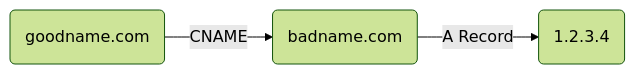
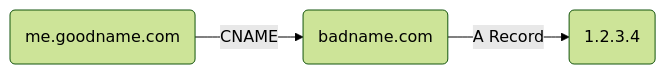
Before and after one commit to bingyangchen/KM-software: the second of 3 diagrams in Network/DNS Record.md, drawn with Mermaid (forest theme). The commit also changed other lines of this file and 5 other files, not shown here.

````diff
--- a/Network/DNS Record.md
+++ b/Network/DNS Record.md
@@ -68,8 +68,8 @@
 ```mermaid
 flowchart LR
-    id1(goodname.com)
+    id1(me.goodname.com)
     id2(badname.com)
     id3(1.2.3.4)
     id1--CNAME-->id2
     id2--A Record-->id3
 ```
````
